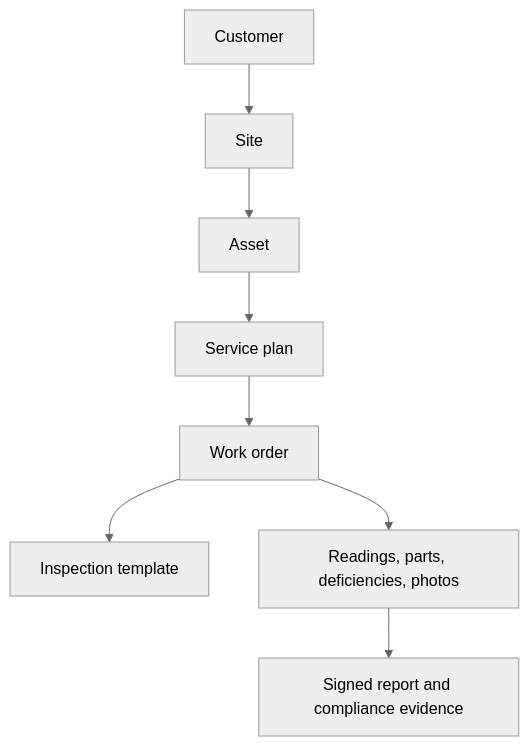
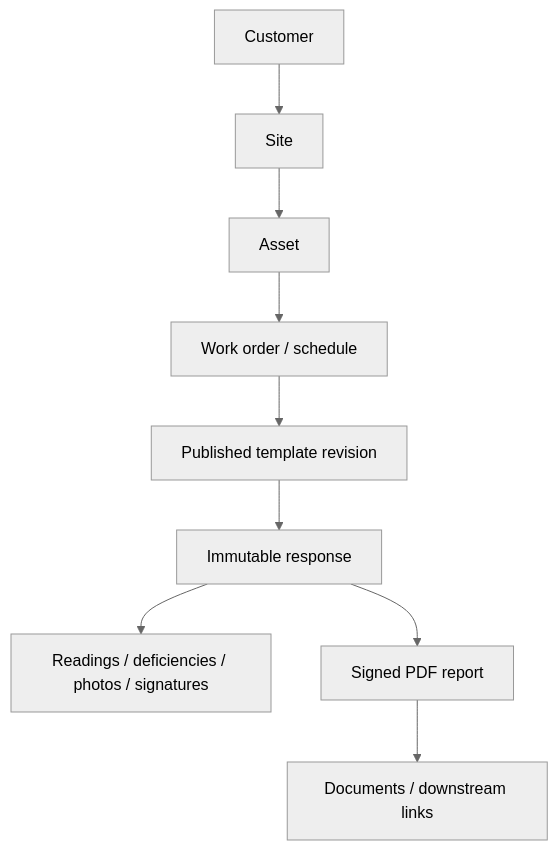
Before and after one commit to devartblake/volt_core: the diagram in docs/voltcore_fieldops_roadmap.md, drawn with Mermaid (neutral theme). The commit also changed other lines of this file, not shown here.

Commit message:
docs: update FieldOps roadmap through Phase 3 certification

````diff
--- a/docs/voltcore_fieldops_roadmap.md
+++ b/docs/voltcore_fieldops_roadmap.md
@@ -35,10 +16,11 @@
 ```mermaid
 flowchart TD
   C[Customer] --> S[Site]
   S --> A[Asset]
-  A --> P[Service plan]
-  P --> W[Work order]
-  W --> T[Inspection template]
-  W --> D[Readings, parts, deficiencies, photos]
-  D --> R[Signed report and compliance evidence]
+  A --> W[Work order / schedule]
+  W --> T[Published template revision]
+  T --> R[Immutable response]
+  R --> E[Readings / deficiencies / photos / signatures]
+  R --> P[Signed PDF report]
+  P --> D[Documents / downstream links]
 ```
````
